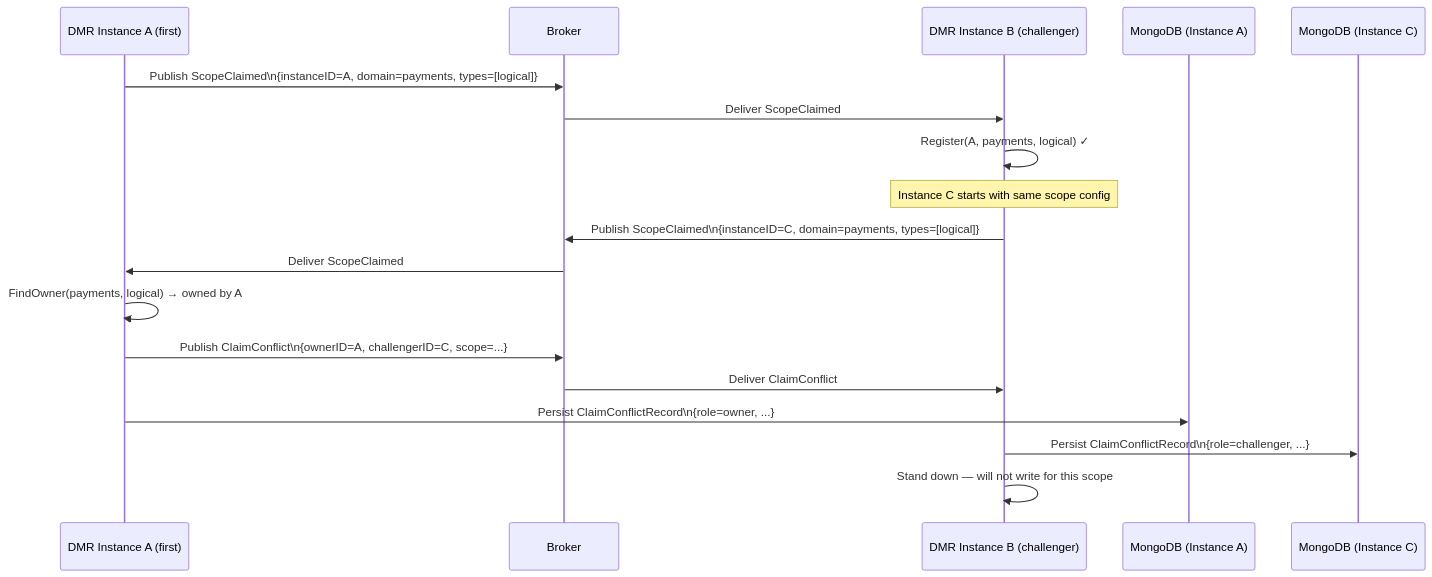
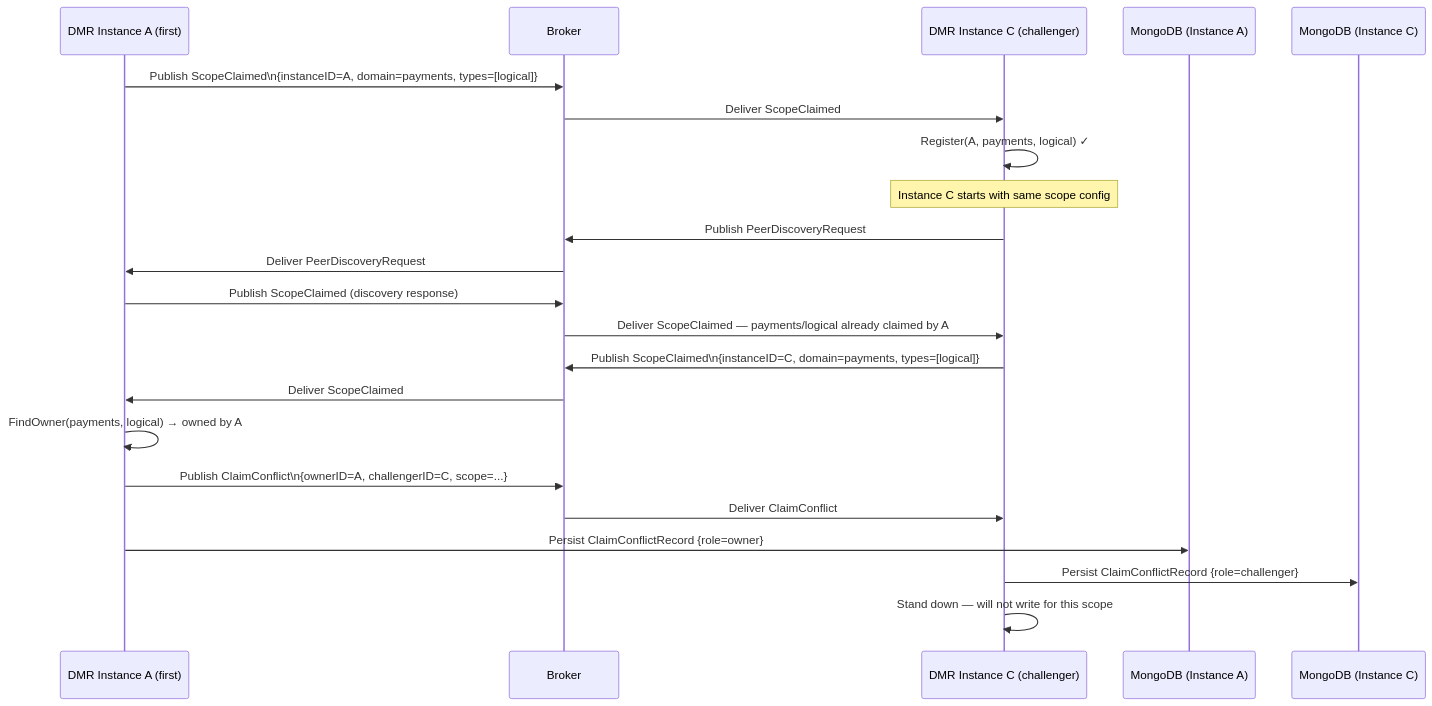
Before and after one commit to emirbh/misc: the fifth of 17 diagrams in data-model-registry/dmr-sync-design.md, drawn with Mermaid. The commit also changed other lines of this file, not shown here.

Commit message:
dmr sync

````diff
--- a/data-model-registry/dmr-sync-design.md
+++ b/data-model-registry/dmr-sync-design.md
@@ -227,24 +273,29 @@
 ```mermaid
 sequenceDiagram
     participant A as DMR Instance A (first)
     participant B as Broker
-    participant C as DMR Instance B (challenger)
+    participant C as DMR Instance C (challenger)
     participant MA as MongoDB (Instance A)
     participant MC as MongoDB (Instance C)
 
     A->>B: Publish ScopeClaimed\n{instanceID=A, domain=payments, types=[logical]}
     B->>C: Deliver ScopeClaimed
     C->>C: Register(A, payments, logical) ✓
 
     Note over C: Instance C starts with same scope config
 
+    C->>B: Publish PeerDiscoveryRequest
+    B->>A: Deliver PeerDiscoveryRequest
+    A->>B: Publish ScopeClaimed (discovery response)
+    B->>C: Deliver ScopeClaimed — payments/logical already claimed by A
+
     C->>B: Publish ScopeClaimed\n{instanceID=C, domain=payments, types=[logical]}
     B->>A: Deliver ScopeClaimed
     A->>A: FindOwner(payments, logical) → owned by A
     A->>B: Publish ClaimConflict\n{ownerID=A, challengerID=C, scope=...}
     B->>C: Deliver ClaimConflict
 
-    A->>MA: Persist ClaimConflictRecord\n{role=owner, ...}
-    C->>MC: Persist ClaimConflictRecord\n{role=challenger, ...}
+    A->>MA: Persist ClaimConflictRecord {role=owner}
+    C->>MC: Persist ClaimConflictRecord {role=challenger}
     C->>C: Stand down — will not write for this scope
 ```
````
